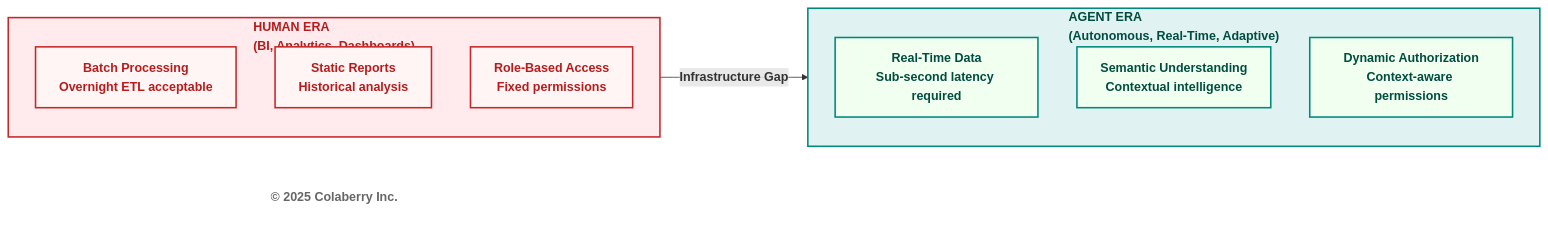
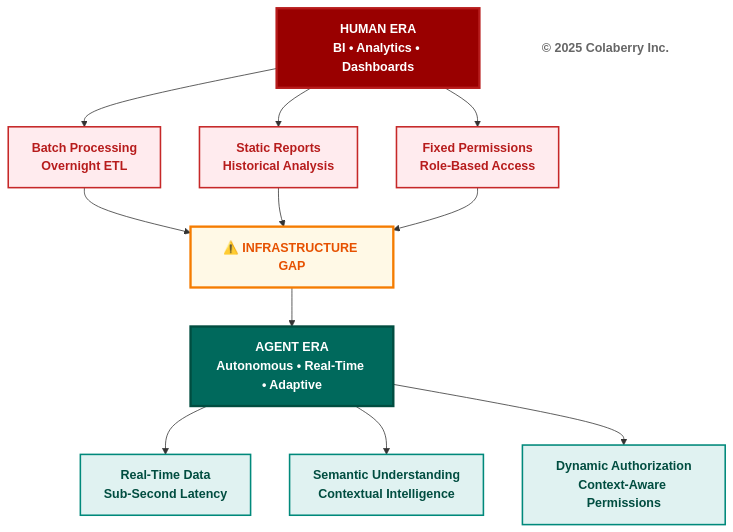
Before and after one commit to colaberry/trust-before-intelligence-book: the first of 3 diagrams in manuscript/chapter_0_trust_before_intelligence_v2.md, drawn with Mermaid. The commit also changed other lines of this file and 3 other files, not shown here.

````diff
--- a/manuscript/chapter_0_trust_before_intelligence_v2.md
+++ b/manuscript/chapter_0_trust_before_intelligence_v2.md
@@ -103,28 +103,40 @@
 ```mermaid
-graph LR
-    subgraph HumanEra["<b>HUMAN ERA</b><br/><b>(BI, Analytics, Dashboards)</b>"]
-        H1["<b>Batch Processing</b><br/><b>Overnight ETL acceptable</b>"]
-        H2["<b>Static Reports</b><br/><b>Historical analysis</b>"]
-        H3["<b>Role-Based Access</b><br/><b>Fixed permissions</b>"]
-    end
+graph TB
+    H["<b>HUMAN ERA</b><br/><b>BI • Analytics • Dashboards</b>"]
     
-    subgraph AgentEra["<b>AGENT ERA</b><br/><b>(Autonomous, Real-Time, Adaptive)</b>"]
-        A1["<b>Real-Time Data</b><br/><b>Sub-second latency required</b>"]
-        A2["<b>Semantic Understanding</b><br/><b>Contextual intelligence</b>"]
-        A3["<b>Dynamic Authorization</b><br/><b>Context-aware permissions</b>"]
-    end
+    H1["<b>Batch Processing</b><br/><b>Overnight ETL</b>"]
+    H2["<b>Static Reports</b><br/><b>Historical Analysis</b>"]
+    H3["<b>Fixed Permissions</b><br/><b>Role-Based Access</b>"]
     
-    HumanEra -->|<b>Infrastructure Gap</b>| AgentEra
+    Gap["<b>⚠️ INFRASTRUCTURE GAP</b>"]
+    
+    A["<b>AGENT ERA</b><br/><b>Autonomous • Real-Time • Adaptive</b>"]
+    
+    A1["<b>Real-Time Data</b><br/><b>Sub-Second Latency</b>"]
+    A2["<b>Semantic Understanding</b><br/><b>Contextual Intelligence</b>"]
+    A3["<b>Dynamic Authorization</b><br/><b>Context-Aware Permissions</b>"]
     
     Copyright["<b>© 2025 Colaberry Inc.</b>"]
     
-    style HumanEra fill:#ffebee,stroke:#c62828,stroke-width:2px,color:#b71c1c
-    style H1 fill:#fff5f5,stroke:#c62828,stroke-width:2px,color:#b71c1c
-    style H2 fill:#fff5f5,stroke:#c62828,stroke-width:2px,color:#b71c1c
-    style H3 fill:#fff5f5,stroke:#c62828,stroke-width:2px,color:#b71c1c
-    style AgentEra fill:#e0f2f1,stroke:#00897b,stroke-width:2px,color:#004d40
-    style A1 fill:#f0fff0,stroke:#00897b,stroke-width:2px,color:#004d40
-    style A2 fill:#f0fff0,stroke:#00897b,stroke-width:2px,color:#004d40
-    style A3 fill:#f0fff0,stroke:#00897b,stroke-width:2px,color:#004d40
+    H --> H1
+    H --> H2
+    H --> H3
+    H1 --> Gap
+    H2 --> Gap
+    H3 --> Gap
+    Gap --> A
+    A --> A1
+    A --> A2
+    A --> A3
+    
+    style H fill:#990000,color:#ffffff,stroke:#b71c1c,stroke-width:3px
+    style H1 fill:#ffebee,stroke:#c62828,stroke-width:2px,color:#b71c1c
+    style H2 fill:#ffebee,stroke:#c62828,stroke-width:2px,color:#b71c1c
+    style H3 fill:#ffebee,stroke:#c62828,stroke-width:2px,color:#b71c1c
+    style Gap fill:#fff9e6,stroke:#f57c00,stroke-width:3px,color:#e65100
+    style A fill:#00695c,color:#ffffff,stroke:#004d40,stroke-width:3px
+    style A1 fill:#e0f2f1,stroke:#00897b,stroke-width:2px,color:#004d40
+    style A2 fill:#e0f2f1,stroke:#00897b,stroke-width:2px,color:#004d40
+    style A3 fill:#e0f2f1,stroke:#00897b,stroke-width:2px,color:#004d40
     style Copyright fill:#ffffff,stroke:none,color:#666666
 ```
````
